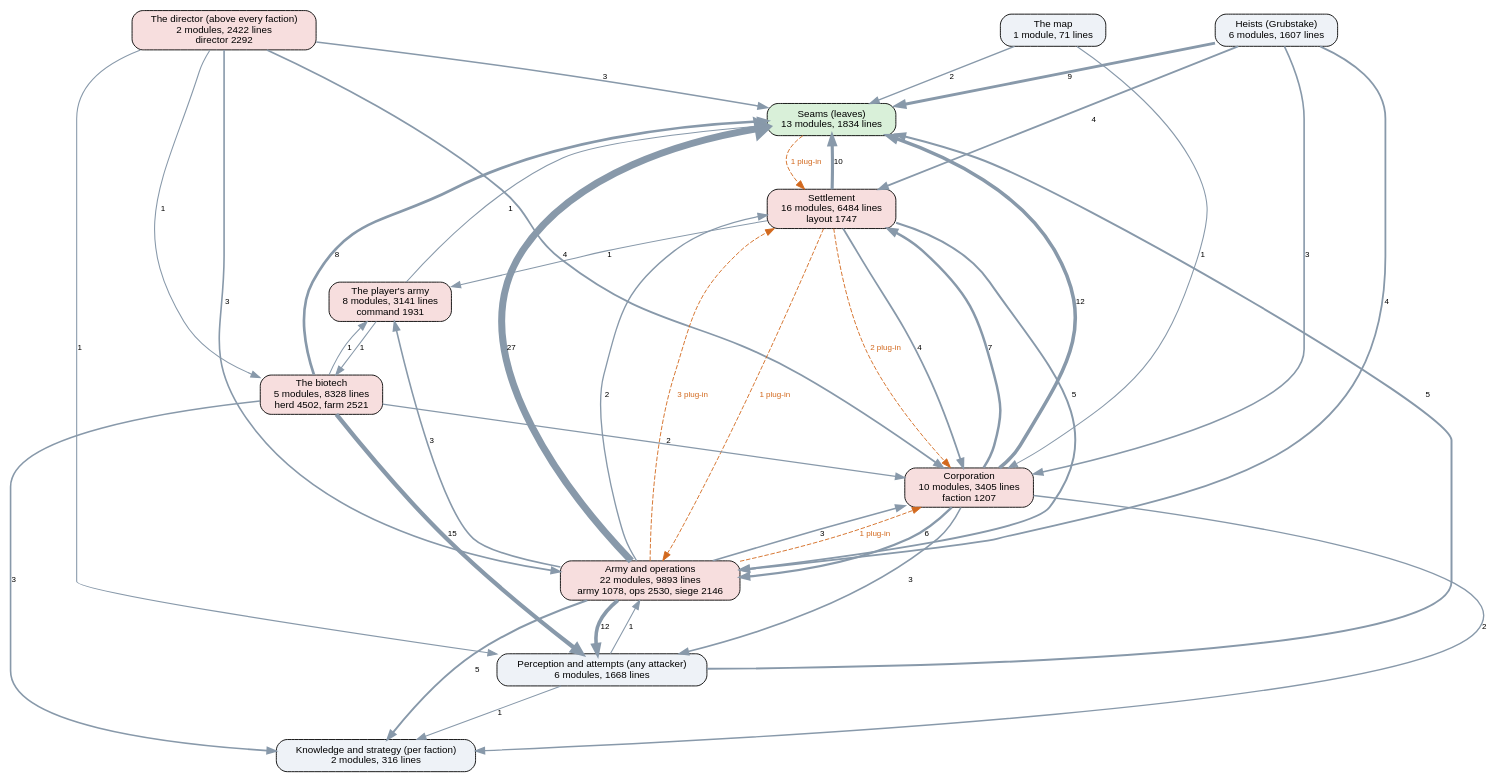
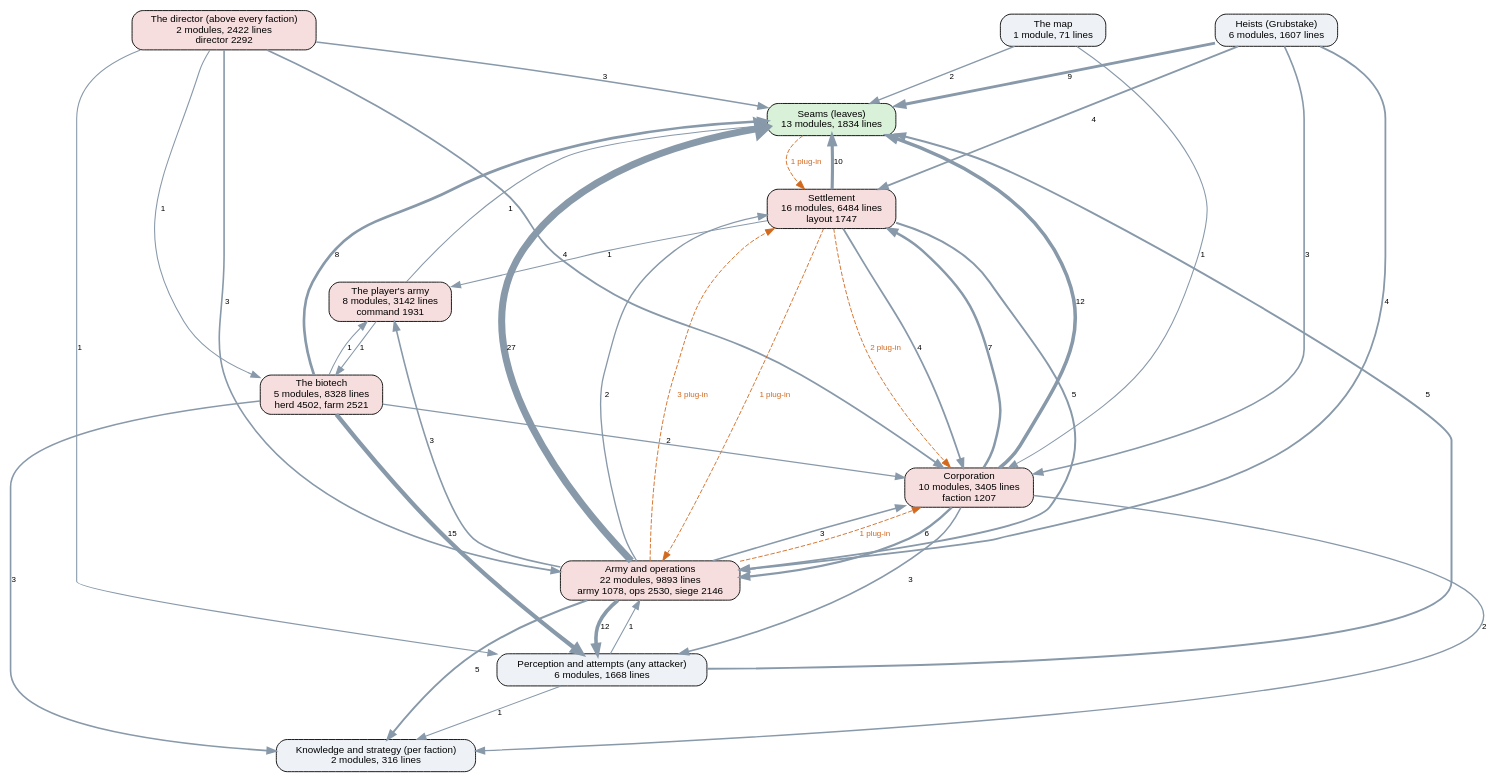
One commit to kinelhu/landing-party changed the diagram in docs/ai-layers.dot. Above: the diagram before and after it, drawn with Graphviz. The commit also changed 9 other files, not shown here.

```diff
--- a/docs/ai-layers.dot
+++ b/docs/ai-layers.dot
@@ -1,57 +1,57 @@
 digraph layers {
   graph [rankdir=TB, fontname="Helvetica", nodesep=0.5, ranksep=0.7];
   node [shape=box, style="rounded,filled", fontname="Helvetica", fontsize=11, fillcolor="#eef2f7"];
   edge [color="#8899aa", fontname="Helvetica", fontsize=9];
   "Seams (leaves)" [label="Seams (leaves)\n13 modules, 1834 lines", fillcolor="#d9f0d9"];
   "Perception and attempts (any attacker)" [label="Perception and attempts (any attacker)\n6 modules, 1668 lines", fillcolor="#eef2f7"];
   "Knowledge and strategy (per faction)" [label="Knowledge and strategy (per faction)\n2 modules, 316 lines", fillcolor="#eef2f7"];
   "The director (above every faction)" [label="The director (above every faction)\n2 modules, 2422 lines\ndirector 2292", fillcolor="#f7dede"];
   "Corporation" [label="Corporation\n10 modules, 3405 lines\nfaction 1207", fillcolor="#f7dede"];
   "Settlement" [label="Settlement\n16 modules, 6484 lines\nlayout 1747", fillcolor="#f7dede"];
   "Army and operations" [label="Army and operations\n22 modules, 9893 lines\narmy 1078, ops 2530, siege 2146", fillcolor="#f7dede"];
   "Heists (Grubstake)" [label="Heists (Grubstake)\n6 modules, 1607 lines", fillcolor="#eef2f7"];
   "The biotech" [label="The biotech\n5 modules, 8328 lines\nherd 4502, farm 2521", fillcolor="#f7dede"];
   "The map" [label="The map\n1 module, 71 lines", fillcolor="#eef2f7"];
-  "The player's army" [label="The player's army\n8 modules, 3141 lines\ncommand 1931", fillcolor="#f7dede"];
+  "The player's army" [label="The player's army\n8 modules, 3142 lines\ncommand 1931", fillcolor="#f7dede"];
   "Army and operations" -> "Corporation" [label="3", penwidth=1.8];
   "Army and operations" -> "Knowledge and strategy (per faction)" [label="5", penwidth=2.2];
   "Army and operations" -> "Perception and attempts (any attacker)" [label="12", penwidth=4.0];
   "Army and operations" -> "Seams (leaves)" [label="27", penwidth=7.8];
   "Army and operations" -> "Settlement" [label="2", penwidth=1.5];
   "Army and operations" -> "The player's army" [label="3", penwidth=1.8];
   "Corporation" -> "Army and operations" [label="6", penwidth=2.5];
   "Corporation" -> "Knowledge and strategy (per faction)" [label="2", penwidth=1.5];
   "Corporation" -> "Perception and attempts (any attacker)" [label="3", penwidth=1.8];
   "Corporation" -> "Seams (leaves)" [label="12", penwidth=4.0];
   "Corporation" -> "Settlement" [label="7", penwidth=2.8];
   "Heists (Grubstake)" -> "Army and operations" [label="4", penwidth=2.0];
   "Heists (Grubstake)" -> "Corporation" [label="3", penwidth=1.8];
   "Heists (Grubstake)" -> "Seams (leaves)" [label="9", penwidth=3.2];
   "Heists (Grubstake)" -> "Settlement" [label="4", penwidth=2.0];
   "Perception and attempts (any attacker)" -> "Army and operations" [label="1", penwidth=1.2];
   "Perception and attempts (any attacker)" -> "Knowledge and strategy (per faction)" [label="1", penwidth=1.2];
   "Perception and attempts (any attacker)" -> "Seams (leaves)" [label="5", penwidth=2.2];
   "Settlement" -> "Army and operations" [label="5", penwidth=2.2];
   "Settlement" -> "Corporation" [label="4", penwidth=2.0];
   "Settlement" -> "Seams (leaves)" [label="10", penwidth=3.5];
   "Settlement" -> "The player's army" [label="1", penwidth=1.2];
   "The biotech" -> "Corporation" [label="2", penwidth=1.5];
   "The biotech" -> "Knowledge and strategy (per faction)" [label="3", penwidth=1.8];
   "The biotech" -> "Perception and attempts (any attacker)" [label="15", penwidth=4.8];
   "The biotech" -> "Seams (leaves)" [label="8", penwidth=3.0];
   "The biotech" -> "The player's army" [label="1", penwidth=1.2];
   "The director (above every faction)" -> "Army and operations" [label="3", penwidth=1.8];
   "The director (above every faction)" -> "Corporation" [label="4", penwidth=2.0];
   "The director (above every faction)" -> "Perception and attempts (any attacker)" [label="1", penwidth=1.2];
   "The director (above every faction)" -> "Seams (leaves)" [label="3", penwidth=1.8];
   "The director (above every faction)" -> "The biotech" [label="1", penwidth=1.2];
   "The map" -> "Corporation" [label="1", penwidth=1.2];
   "The map" -> "Seams (leaves)" [label="2", penwidth=1.5];
   "The player's army" -> "Seams (leaves)" [label="1", penwidth=1.2];
   "The player's army" -> "The biotech" [label="1", penwidth=1.2];
   "Army and operations" -> "Corporation" [style=dashed, color="#d2691e", fontcolor="#d2691e", label="1 plug-in"];
   "Army and operations" -> "Settlement" [style=dashed, color="#d2691e", fontcolor="#d2691e", label="3 plug-in"];
   "Seams (leaves)" -> "Settlement" [style=dashed, color="#d2691e", fontcolor="#d2691e", label="1 plug-in"];
   "Settlement" -> "Army and operations" [style=dashed, color="#d2691e", fontcolor="#d2691e", label="1 plug-in"];
   "Settlement" -> "Corporation" [style=dashed, color="#d2691e", fontcolor="#d2691e", label="2 plug-in"];
 }
```
